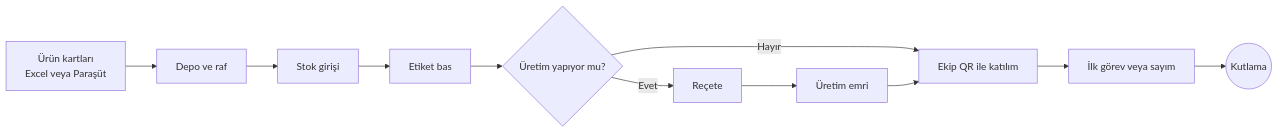
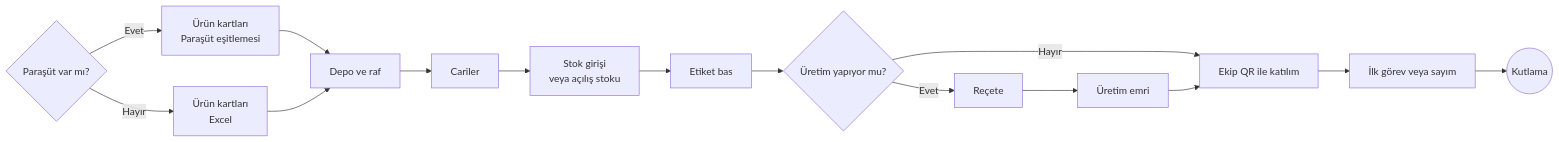
Before and after one commit to shosgoren/EtkinWMS: diagram 12 of 13 in docs/fonksiyonel-mimari/02d-yonetim-paneli-site-entegrasyon.md, drawn with Mermaid. The commit also changed other lines of this file and 10 other files, not shown here.

````diff
--- a/docs/fonksiyonel-mimari/02d-yonetim-paneli-site-entegrasyon.md
+++ b/docs/fonksiyonel-mimari/02d-yonetim-paneli-site-entegrasyon.md
@@ -499,13 +613,17 @@
 ```mermaid
 flowchart LR
-    A[Ürün kartları<br/>Excel veya Paraşüt] --> B[Depo ve raf]
-    B --> C[Stok girişi]
+    S{Paraşüt var mı?} -- Evet --> A1[Ürün kartları<br/>Paraşüt eşitlemesi]
+    S -- Hayır --> A2[Ürün kartları<br/>Excel]
+    A1 --> B[Depo ve raf]
+    A2 --> B
+    B --> C2[Cariler]
+    C2 --> C[Stok girişi<br/>veya açılış stoku]
     C --> D[Etiket bas]
     D --> E{Üretim yapıyor mu?}
     E -- Evet --> F[Reçete]
     F --> G[Üretim emri]
     E -- Hayır --> H[Ekip QR ile katılım]
     G --> H
     H --> I[İlk görev veya sayım]
     I --> J((Kutlama))
 ```
````
